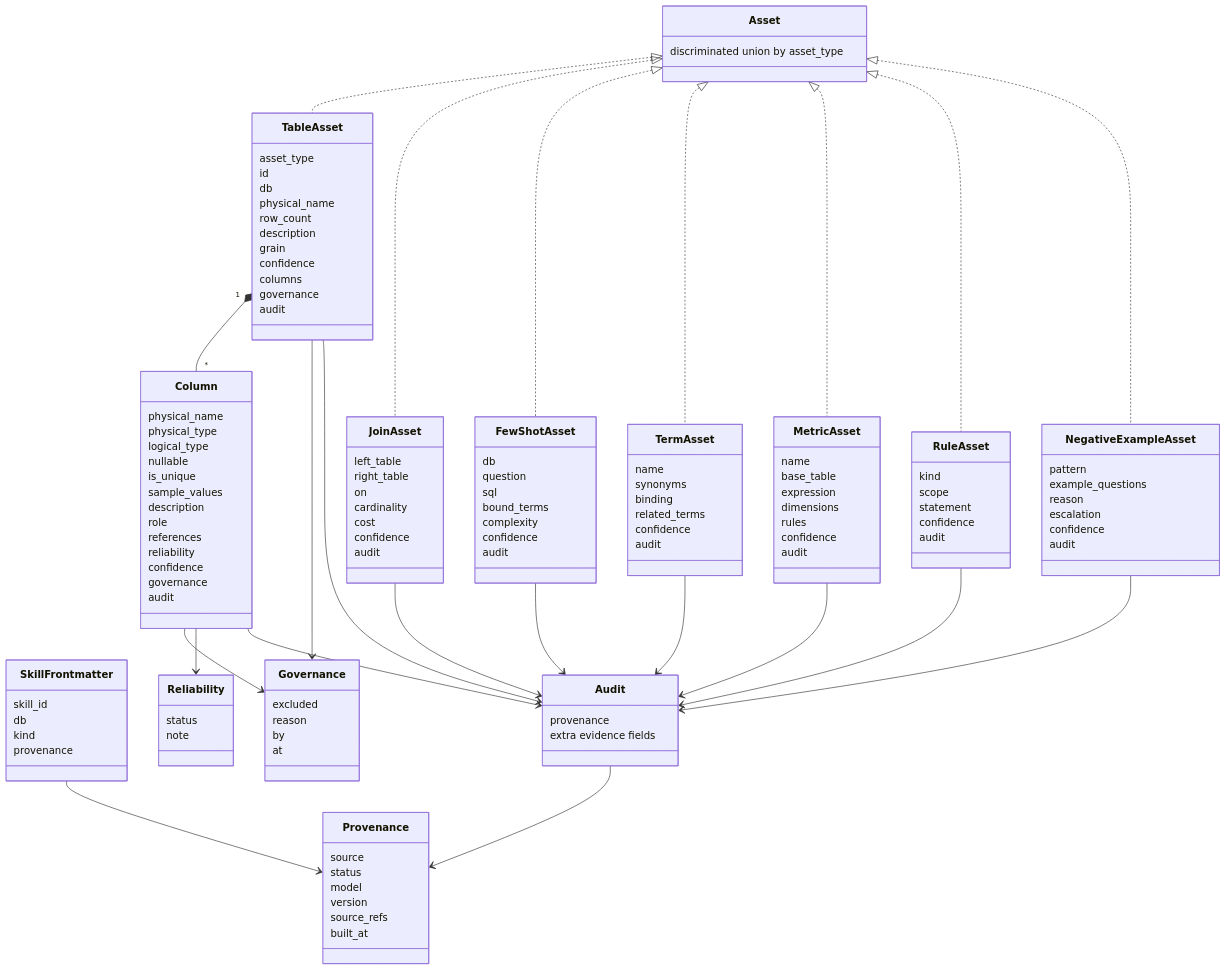
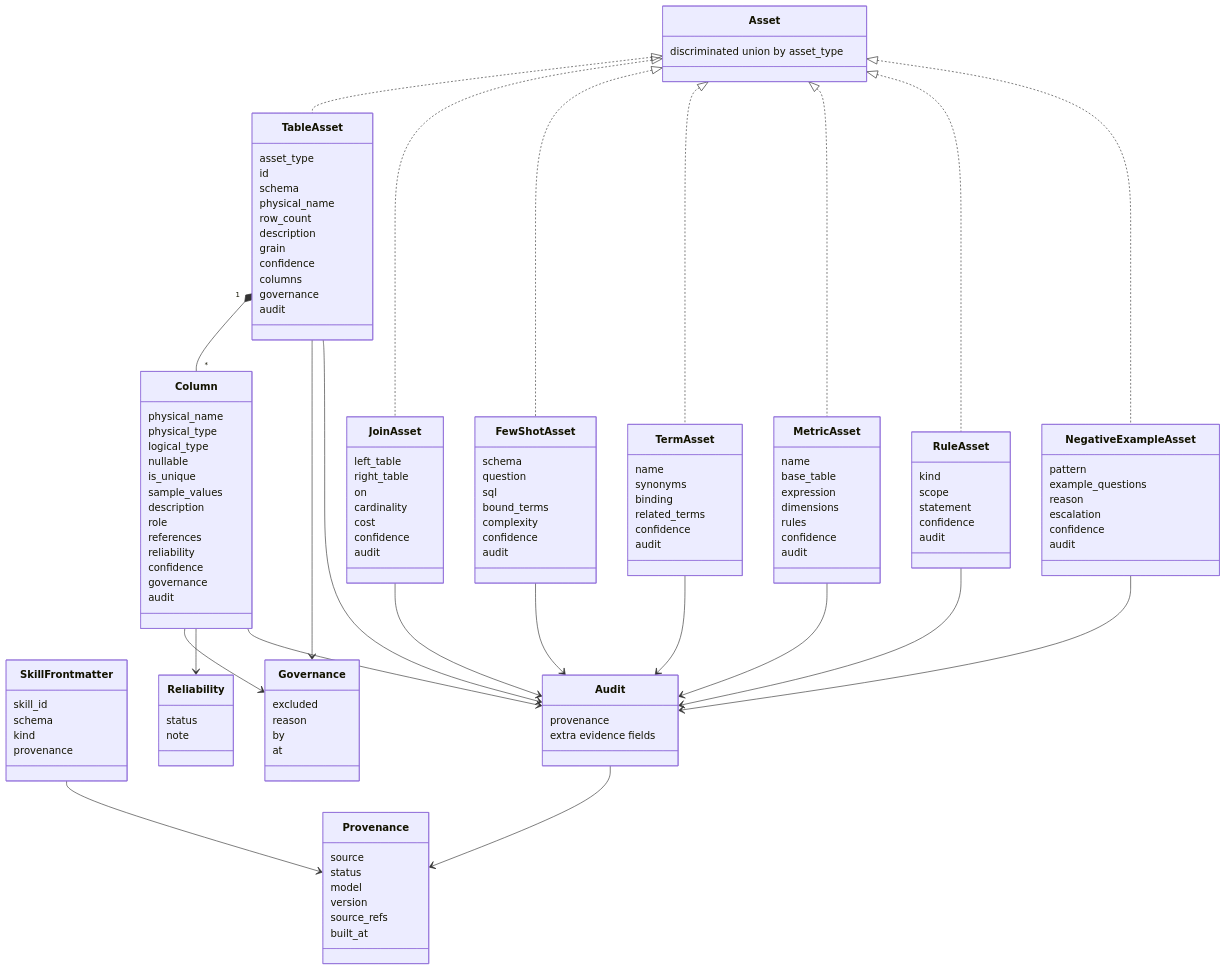
One commit to Minhao-Zhang/governed-bi changed the fourth of 6 diagrams in docs/diagrams/corpus.md. Above: the diagram before and after it, drawn with Mermaid. The commit also changed other lines of this file and 85 other files, not shown here.

First line of the commit message:
D15 increments 3-8: multi-schema serve, wire/schema rename, graph scope, router

```diff
--- a/docs/diagrams/corpus.md
+++ b/docs/diagrams/corpus.md
@@ -98,7 +98,7 @@
     class TableAsset {
         asset_type
         id
-        db
+        schema
         physical_name
         row_count
         description
@@ -133,7 +133,7 @@
         audit
     }
     class FewShotAsset {
-        db
+        schema
         question
         sql
         bound_terms
@@ -175,7 +175,7 @@
     }
     class SkillFrontmatter {
         skill_id
-        db
+        schema
         kind
         provenance
     }
```
